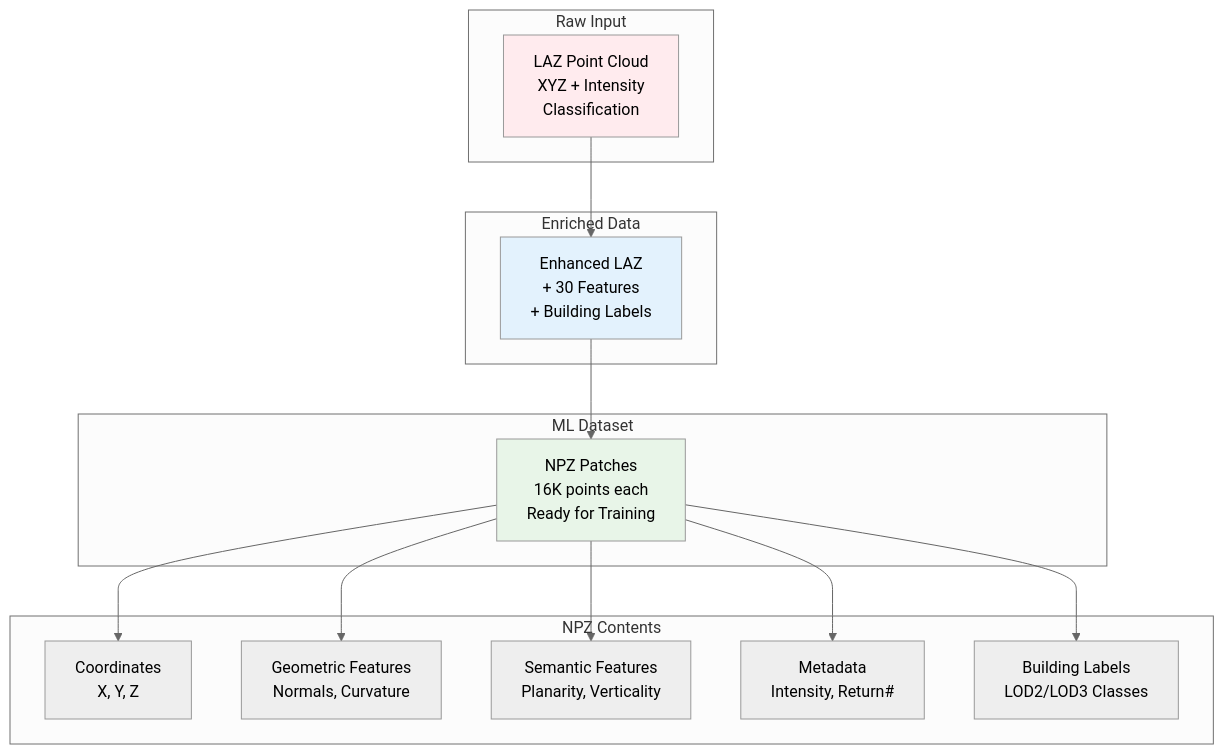
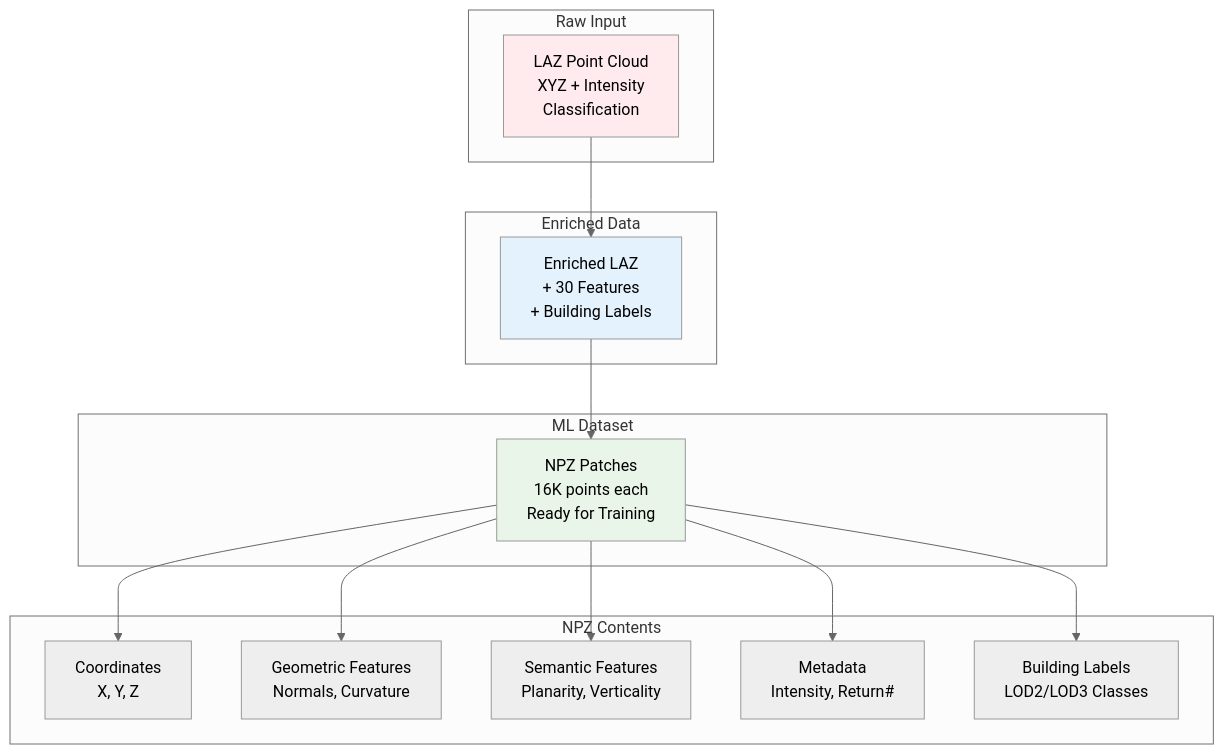
One commit to sducournau/IGN_LIDAR_HD_DATASET changed the third of 3 diagrams in README.md. Above: the diagram before and after it, drawn with Mermaid (neutral theme). The commit also changed other lines of this file and 84 other files, not shown here.

````diff
--- a/README.md
+++ b/README.md
@@ -551,34 +551,34 @@
 ```mermaid
 graph TB
     subgraph "Raw Input"
         LAZ[LAZ Point Cloud<br/>XYZ + Intensity<br/>Classification]
     end
 
     subgraph "Enriched Data"
-        ELAZ[Enhanced LAZ<br/>+ 30 Features<br/>+ Building Labels]
+        ELAZ[Enriched LAZ<br/>+ 30 Features<br/>+ Building Labels]
     end
 
     subgraph "ML Dataset"
         NPZ[NPZ Patches<br/>16K points each<br/>Ready for Training]
     end
 
     subgraph "NPZ Contents"
         COORD[Coordinates<br/>X, Y, Z]
         GEOM[Geometric Features<br/>Normals, Curvature]
         SEMANTIC[Semantic Features<br/>Planarity, Verticality]
         META[Metadata<br/>Intensity, Return#]
         LABELS[Building Labels<br/>LOD2/LOD3 Classes]
     end
 
     LAZ --> ELAZ
     ELAZ --> NPZ
     NPZ --> COORD
     NPZ --> GEOM
     NPZ --> SEMANTIC
     NPZ --> META
     NPZ --> LABELS
 
     style LAZ fill:#ffebee
     style ELAZ fill:#e3f2fd
     style NPZ fill:#e8f5e8
 ```
````
